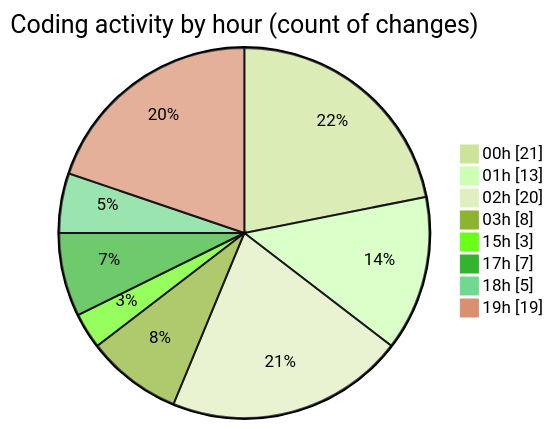
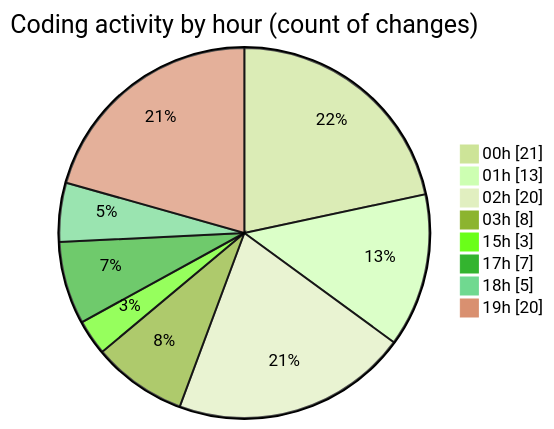
The second of 2 diagrams in 2025-06-22/___base/README.md (Ritupan-Deka/code-tracking), drawn with Mermaid (forest theme) before and after one commit. The commit also changed other lines of this file and 1 other file, not shown here.

````diff
--- a/2025-06-22/___base/README.md
+++ b/2025-06-22/___base/README.md
@@ -36,12 +36,12 @@
 ```mermaid
 pie showData
 title Coding activity by hour (count of changes)
 "00h" : 21
 "01h" : 13
 "02h" : 20
 "03h" : 8
 "15h" : 3
 "17h" : 7
 "18h" : 5
-"19h" : 19
+"19h" : 20
 ```
````
